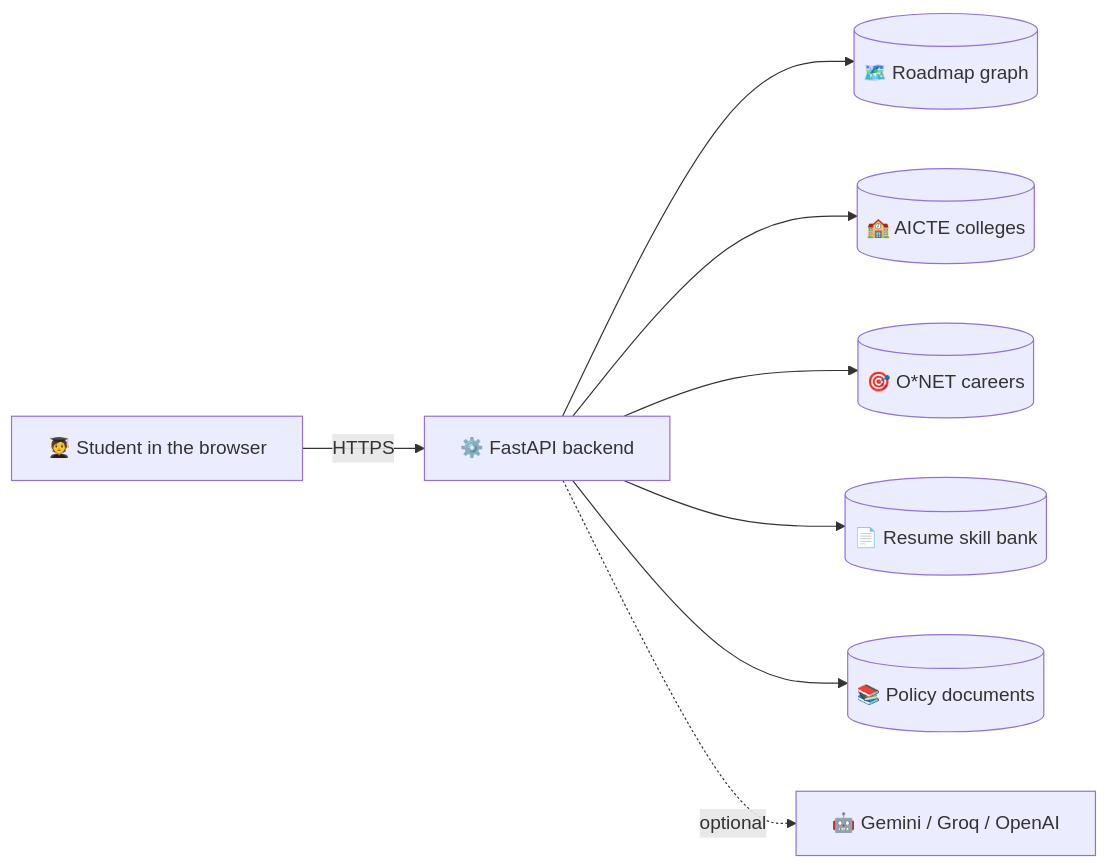
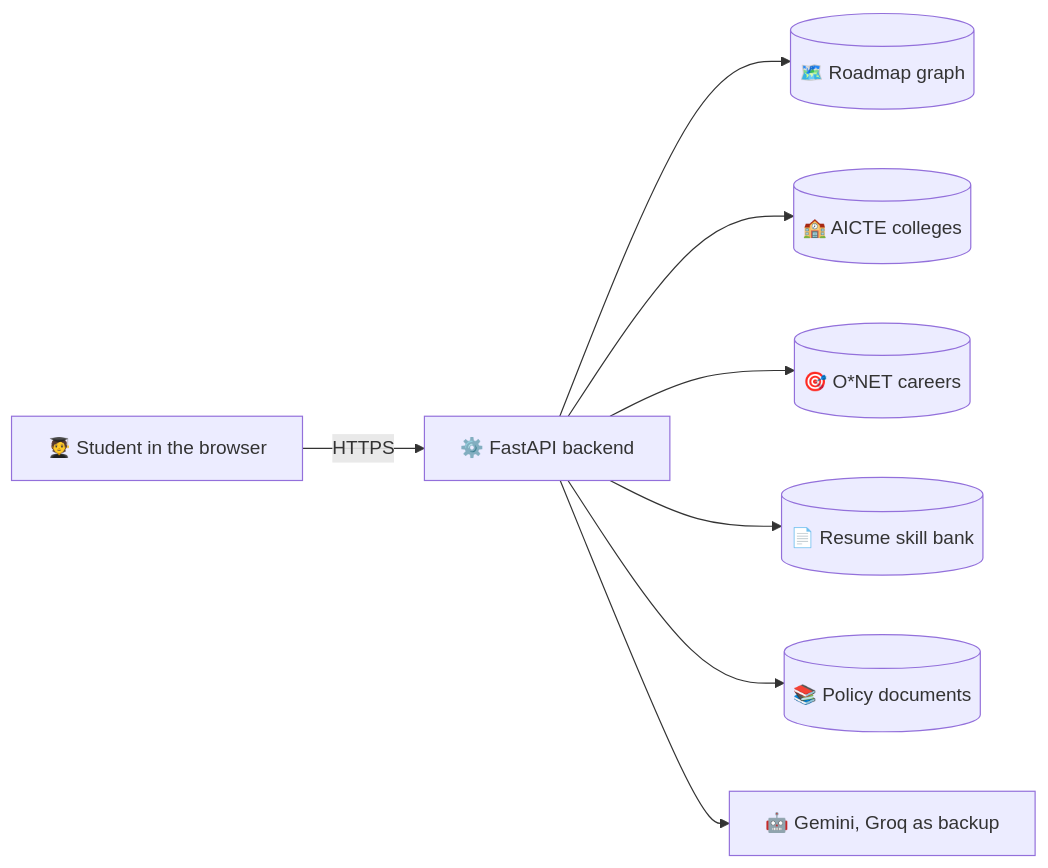
Before and after one commit to sohans8/career-forge-ai: the diagram in README.md, drawn with Mermaid. The commit also changed other lines of this file, not shown here.

````diff
--- a/README.md
+++ b/README.md
@@ -162,10 +140,10 @@
 ```mermaid
 flowchart LR
   A[🧑‍🎓 Student in the browser] -->|HTTPS| B[⚙️ FastAPI backend]
   B --> C[(🗺️ Roadmap graph)]
   B --> D[(🏫 AICTE colleges)]
   B --> E[(🎯 O*NET careers)]
   B --> F[(📄 Resume skill bank)]
   B --> G[(📚 Policy documents)]
-  B -.optional.-> H[🤖 Gemini / Groq / OpenAI]
+  B --> H[🤖 Gemini, Groq as backup]
 ```
````
